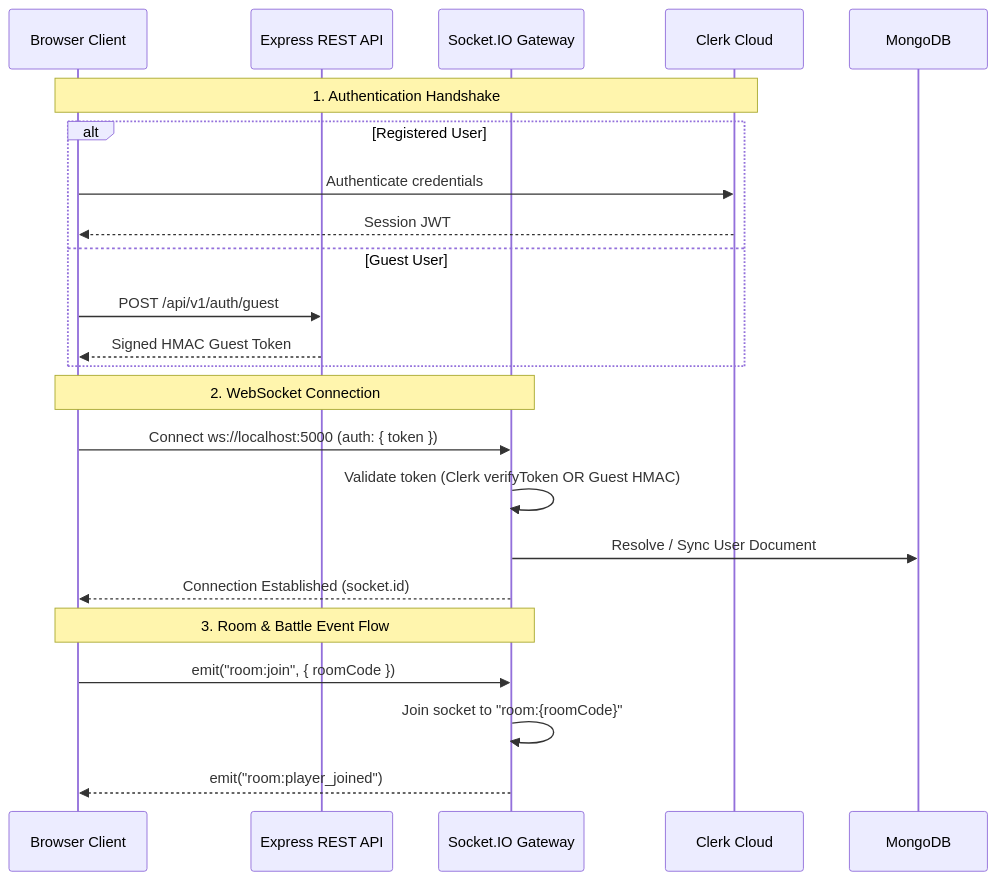
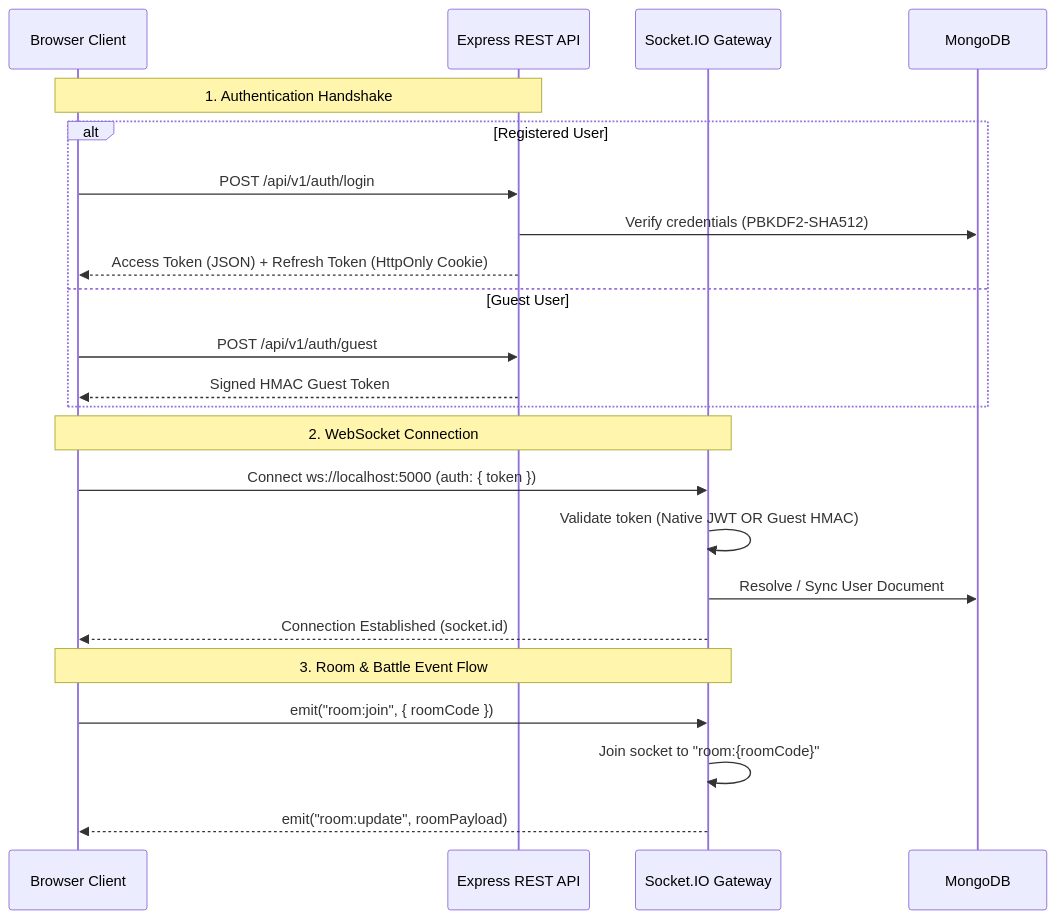
One commit to harshverma-25/CodeArena changed the second of 2 diagrams in docs/02-system-architecture.md. Above: the diagram before and after it, drawn with Mermaid. The commit also changed other lines of this file and 17 other files, not shown here.

Commit message:
docs: synchronize project documentation with current architecture

````diff
--- a/docs/02-system-architecture.md
+++ b/docs/02-system-architecture.md
@@ -78,28 +81,28 @@
 ```mermaid
 sequenceDiagram
     participant Browser as Browser Client
     participant Rest as Express REST API
     participant Socket as Socket.IO Gateway
-    participant Clerk as Clerk Cloud
     participant DB as MongoDB
 
-    Note over Browser,Clerk: 1. Authentication Handshake
+    Note over Browser,Rest: 1. Authentication Handshake
     alt Registered User
-        Browser->>Clerk: Authenticate credentials
-        Clerk-->>Browser: Session JWT
+        Browser->>Rest: POST /api/v1/auth/login
+        Rest->>DB: Verify credentials (PBKDF2-SHA512)
+        Rest-->>Browser: Access Token (JSON) + Refresh Token (HttpOnly Cookie)
     else Guest User
         Browser->>Rest: POST /api/v1/auth/guest
         Rest-->>Browser: Signed HMAC Guest Token
     end
 
     Note over Browser,Socket: 2. WebSocket Connection
     Browser->>Socket: Connect ws://localhost:5000 (auth: { token })
-    Socket->>Socket: Validate token (Clerk verifyToken OR Guest HMAC)
+    Socket->>Socket: Validate token (Native JWT OR Guest HMAC)
     Socket->>DB: Resolve / Sync User Document
     Socket-->>Browser: Connection Established (socket.id)
 
     Note over Browser,Socket: 3. Room & Battle Event Flow
     Browser->>Socket: emit("room:join", { roomCode })
     Socket->>Socket: Join socket to "room:{roomCode}"
-    Socket-->>Browser: emit("room:player_joined")
+    Socket-->>Browser: emit("room:update", roomPayload)
 ```
````
